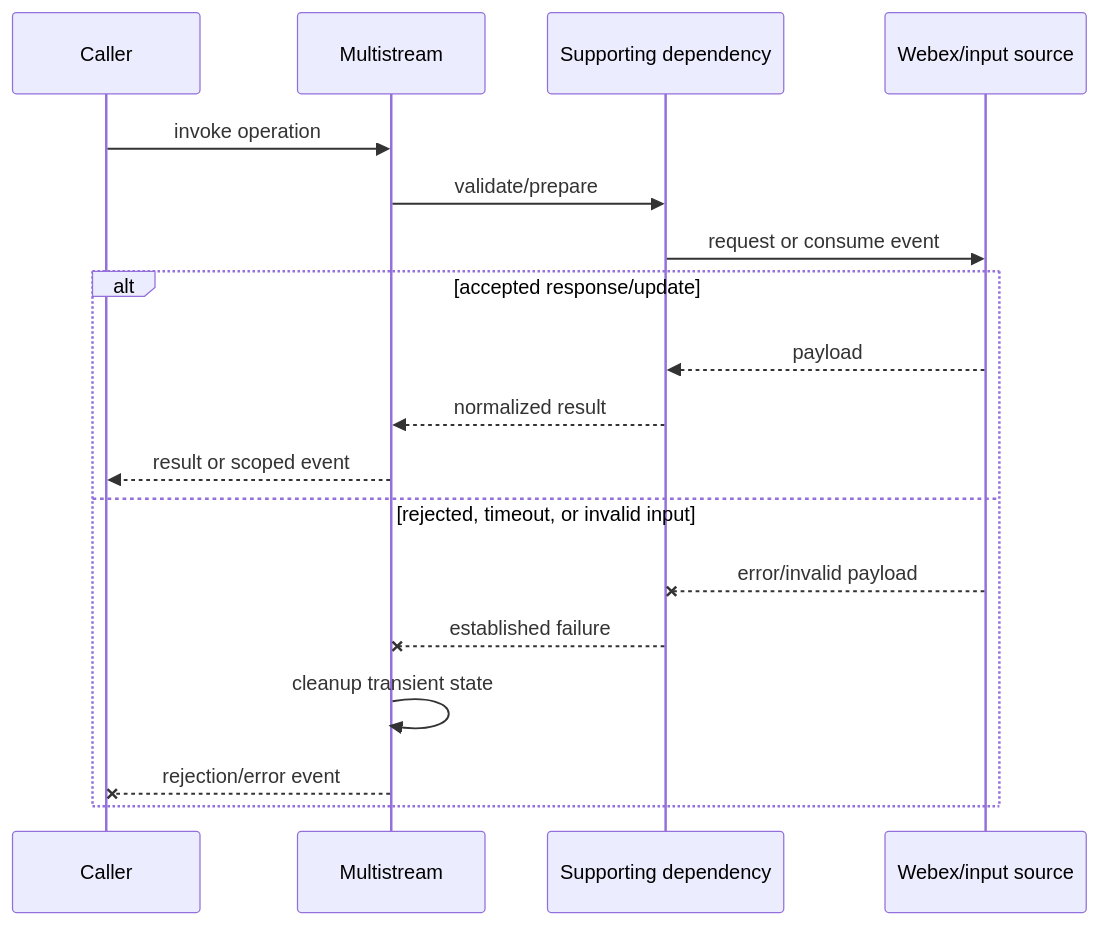
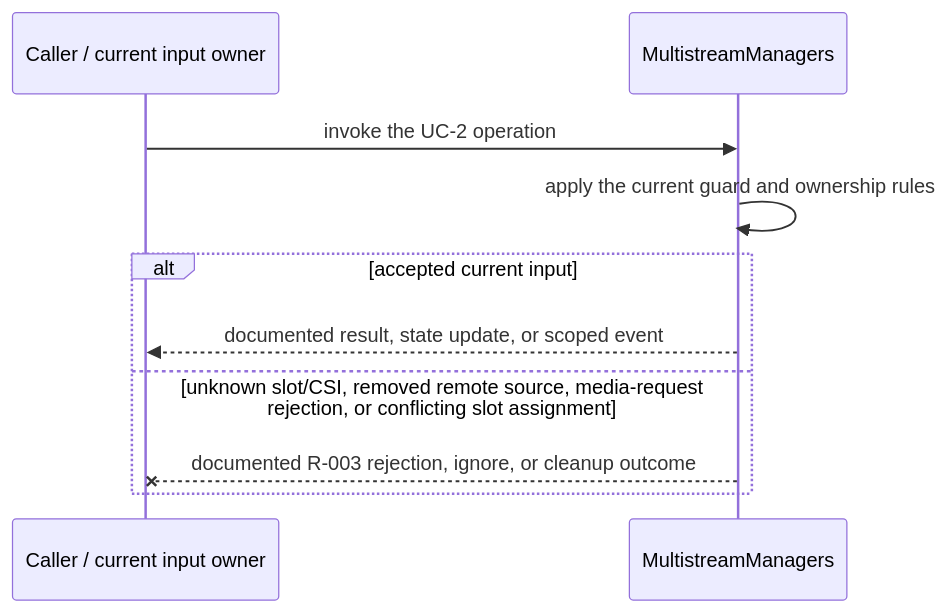
The third of 5 diagrams in packages/@webex/plugin-meetings/src/multistream/ai-docs/multistream-spec.md (webex/webex-js-sdk), drawn with Mermaid before and after one commit. The commit also changed other lines of this file and 26 other files, not shown here.

````diff
--- a/packages/@webex/plugin-meetings/src/multistream/ai-docs/multistream-spec.md
+++ b/packages/@webex/plugin-meetings/src/multistream/ai-docs/multistream-spec.md
@@ -123,20 +149,12 @@
 ```mermaid
 sequenceDiagram
-  participant C as Caller
-  participant M as Multistream
-  participant D as Supporting dependency
-  participant W as Webex/input source
-  C->>M: invoke operation
-  M->>D: validate/prepare
-  D->>W: request or consume event
-  alt accepted response/update
-    W-->>D: payload
-    D-->>M: normalized result
-    M-->>C: result or scoped event
-  else rejected, timeout, or invalid input
-    W--xD: error/invalid payload
-    D--xM: established failure
-    M->>M: cleanup transient state
-    M--xC: rejection/error event
+  participant C as Caller / current input owner
+  participant M as MultistreamManagers
+  C->>M: invoke the UC-2 operation
+  M->>M: apply the current guard and ownership rules
+  alt accepted current input
+    M-->>C: documented result, state update, or scoped event
+  else unknown slot/CSI, removed remote source, media-request rejection, or conflicting slot assignment
+    M--xC: documented R-003 rejection, ignore, or cleanup outcome
   end
 ```
````
